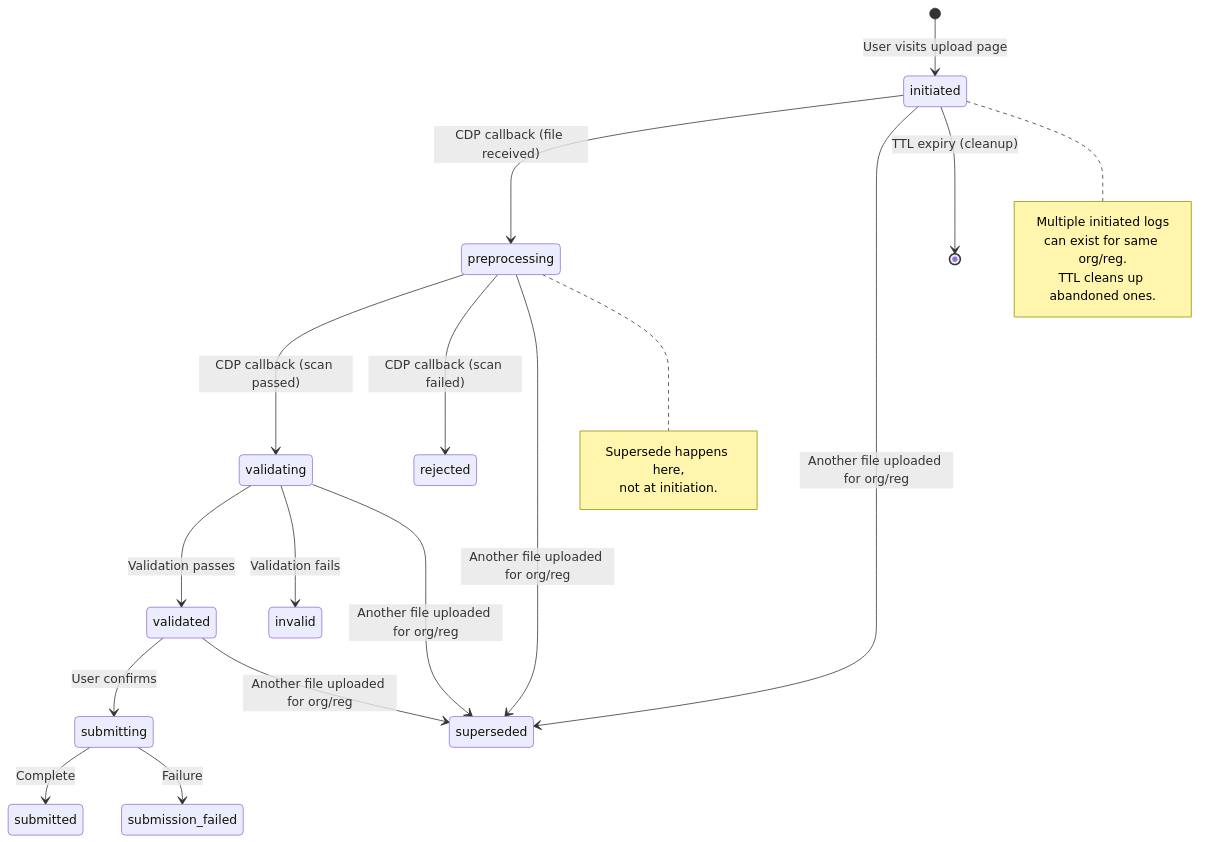
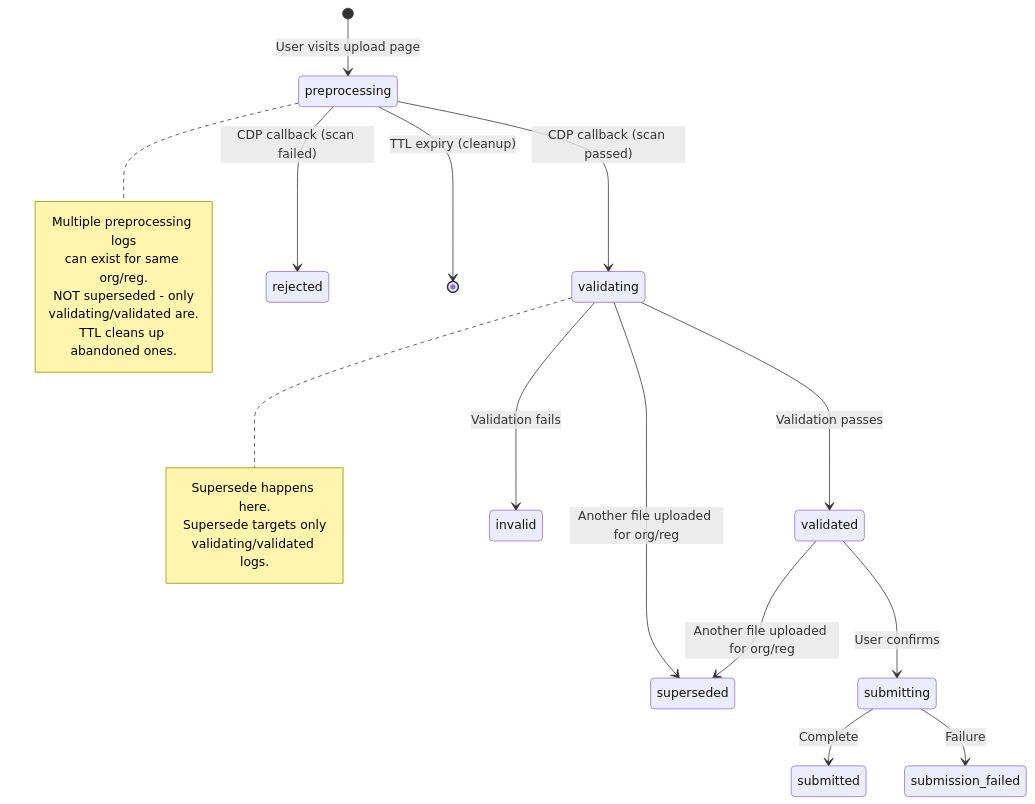
One commit to DEFRA/epr-re-ex-service changed the tenth of 11 diagrams in docs/architecture/discovery/summary-log-preview-integrity.md. Above: the diagram before and after it, drawn with Mermaid. The commit also changed other lines of this file, not shown here.

First line of the commit message:
PAE-752: Use preprocessing state with changed supersede rules

````diff
--- a/docs/architecture/discovery/summary-log-preview-integrity.md
+++ b/docs/architecture/discovery/summary-log-preview-integrity.md
@@ -497,33 +503,32 @@
 ```mermaid
 stateDiagram-v2
-    [*] --> initiated: User visits upload page
-
-    initiated --> preprocessing: CDP callback (file received)
-    initiated --> superseded: Another file uploaded for org/reg
-    initiated --> [*]: TTL expiry (cleanup)
+    [*] --> preprocessing: User visits upload page
 
     preprocessing --> validating: CDP callback (scan passed)
     preprocessing --> rejected: CDP callback (scan failed)
-    preprocessing --> superseded: Another file uploaded for org/reg
+    preprocessing --> [*]: TTL expiry (cleanup)
 
     validating --> validated: Validation passes
     validating --> invalid: Validation fails
     validating --> superseded: Another file uploaded for org/reg
 
     validated --> submitting: User confirms
     validated --> superseded: Another file uploaded for org/reg
 
     submitting --> submitted: Complete
     submitting --> submission_failed: Failure
 
-    note right of initiated
-        Multiple initiated logs
+    note right of preprocessing
+        Multiple preprocessing logs
         can exist for same org/reg.
+        NOT superseded - only
+        validating/validated are.
         TTL cleans up abandoned ones.
     end note
 
-    note right of preprocessing
-        Supersede happens here,
-        not at initiation.
+    note right of validating
+        Supersede happens here.
+        Supersede targets only
+        validating/validated logs.
     end note
 ```
````
